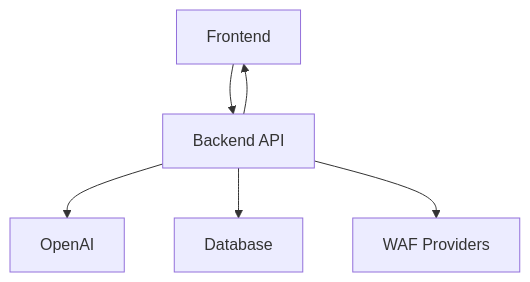
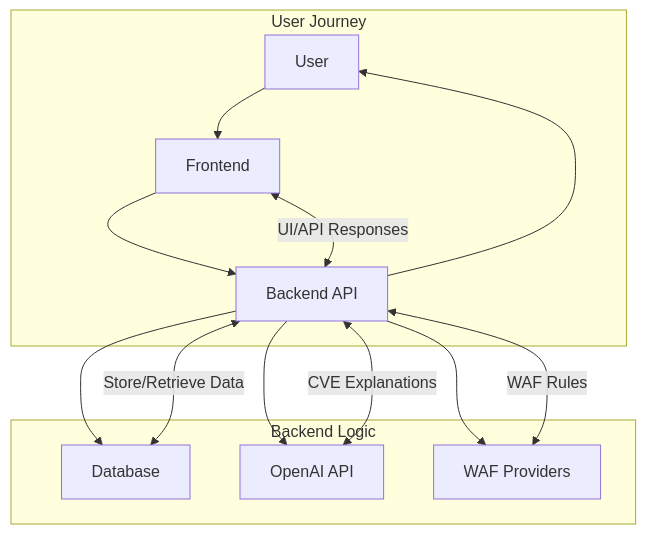
The diagram in README.md (spartancyberultron/WAF-Copilot), drawn with Mermaid before and after one commit. The commit also changed other lines of this file, not shown here.

````diff
--- a/README.md
+++ b/README.md
@@ -43,8 +43,20 @@
 ```mermaid
 flowchart TD
-    A[Frontend] --> B[Backend API]
-    B --> C[OpenAI]
-    B --> D[Database]
-    B --> E[WAF Providers]
-    B --> A
+    subgraph User Journey
+      U[User] --> F[Frontend]
+      F --> B[Backend API]
+      B --> U
+    end
+
+    subgraph Backend Logic
+      B --> DB[Database]
+      B --> OAI[OpenAI API]
+      B --> WAF[WAF Providers]
+    end
+
+    %% Data directions for clarity
+    F <-->|UI/API Responses| B
+    B <-->|WAF Rules| WAF
+    B <-->|CVE Explanations| OAI
+    B <-->|Store/Retrieve Data| DB
 ```
````
